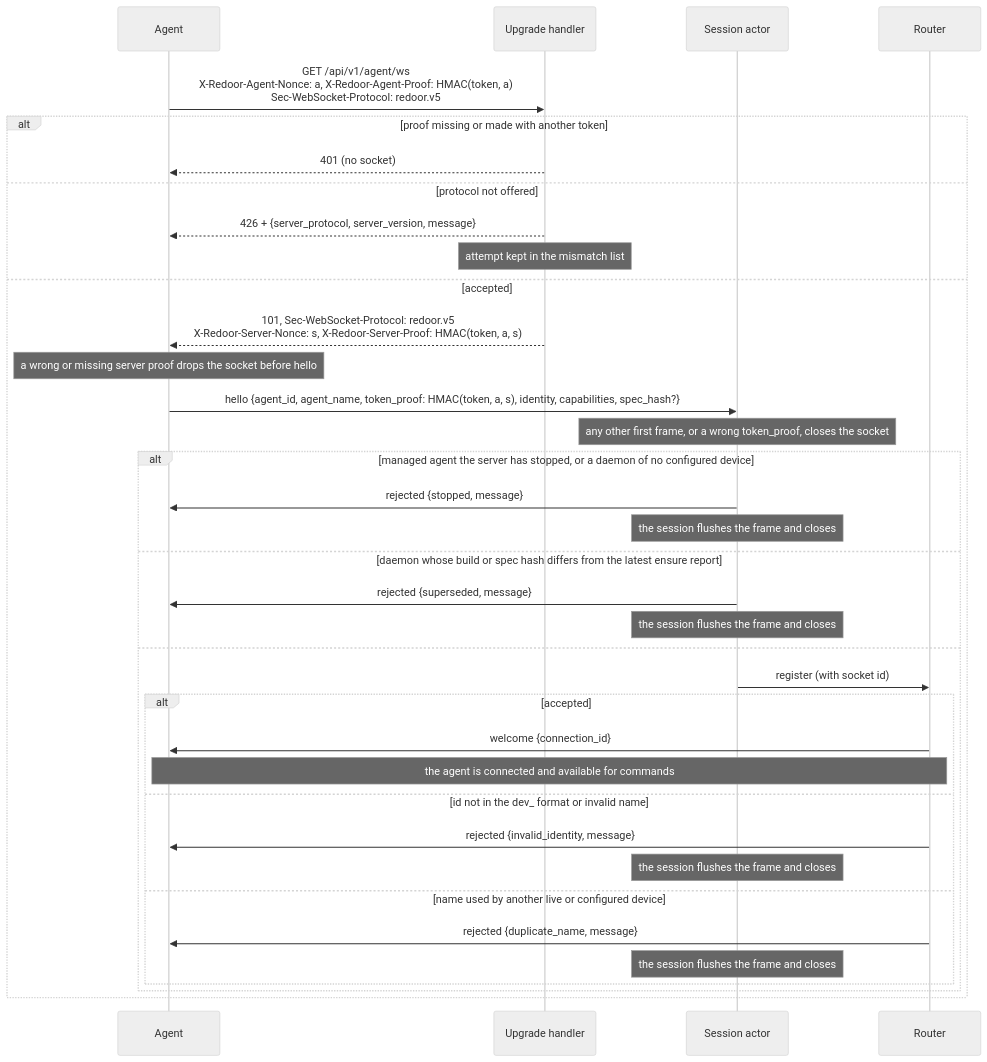
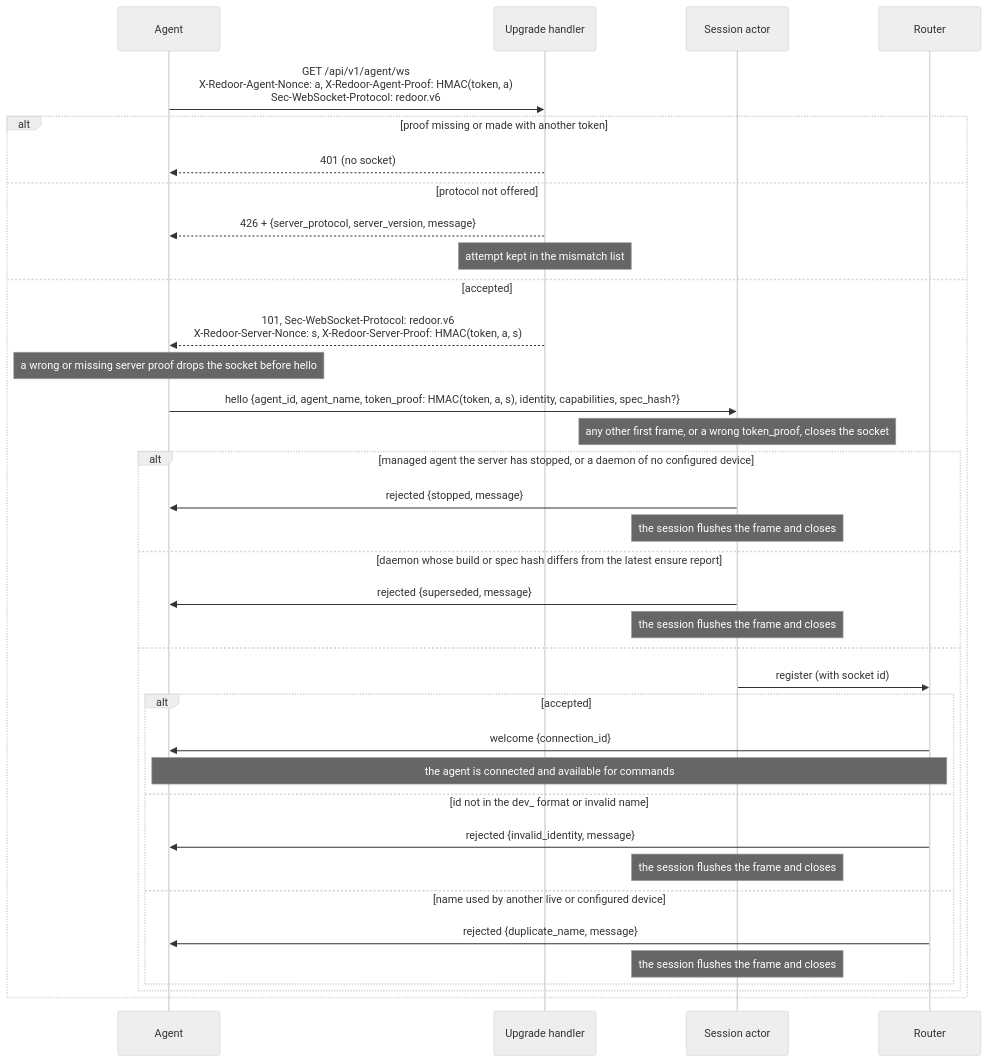
Before and after one commit to esamattis/redoor: the fourth of 12 diagrams in ARCHITECTURE.md, drawn with Mermaid (neutral theme). The commit also changed other lines of this file and 42 other files, not shown here.

````diff
--- a/ARCHITECTURE.md
+++ b/ARCHITECTURE.md
@@ -585,39 +588,39 @@
 ```mermaid
 sequenceDiagram
     participant A as Agent
     participant H as Upgrade handler
     participant S as Session actor
     participant R as Router
 
-    A->>H: GET /api/v1/agent/ws<br/>X-Redoor-Agent-Nonce: a, X-Redoor-Agent-Proof: HMAC(token, a)<br/>Sec-WebSocket-Protocol: redoor.v5
+    A->>H: GET /api/v1/agent/ws<br/>X-Redoor-Agent-Nonce: a, X-Redoor-Agent-Proof: HMAC(token, a)<br/>Sec-WebSocket-Protocol: redoor.v6
     alt proof missing or made with another token
         H-->>A: 401 (no socket)
     else protocol not offered
         H-->>A: 426 + {server_protocol, server_version, message}
         Note over H: attempt kept in the mismatch list
     else accepted
-        H-->>A: 101, Sec-WebSocket-Protocol: redoor.v5<br/>X-Redoor-Server-Nonce: s, X-Redoor-Server-Proof: HMAC(token, a, s)
+        H-->>A: 101, Sec-WebSocket-Protocol: redoor.v6<br/>X-Redoor-Server-Nonce: s, X-Redoor-Server-Proof: HMAC(token, a, s)
         Note over A: a wrong or missing server proof drops the socket before hello
         A->>S: hello {agent_id, agent_name, token_proof: HMAC(token, a, s), identity, capabilities, spec_hash?}
         Note over S: any other first frame, or a wrong token_proof, closes the socket
         alt managed agent the server has stopped, or a daemon of no configured device
             S->>A: rejected {stopped, message}
             Note over S: the session flushes the frame and closes
         else daemon whose build or spec hash differs from the latest ensure report
             S->>A: rejected {superseded, message}
             Note over S: the session flushes the frame and closes
         else
             S->>R: register (with socket id)
             alt accepted
                 R->>A: welcome {connection_id}
                 Note over A,R: the agent is connected and available for commands
             else id not in the dev_ format or invalid name
                 R->>A: rejected {invalid_identity, message}
                 Note over S: the session flushes the frame and closes
             else name used by another live or configured device
                 R->>A: rejected {duplicate_name, message}
                 Note over S: the session flushes the frame and closes
             end
         end
     end
 ```
````
